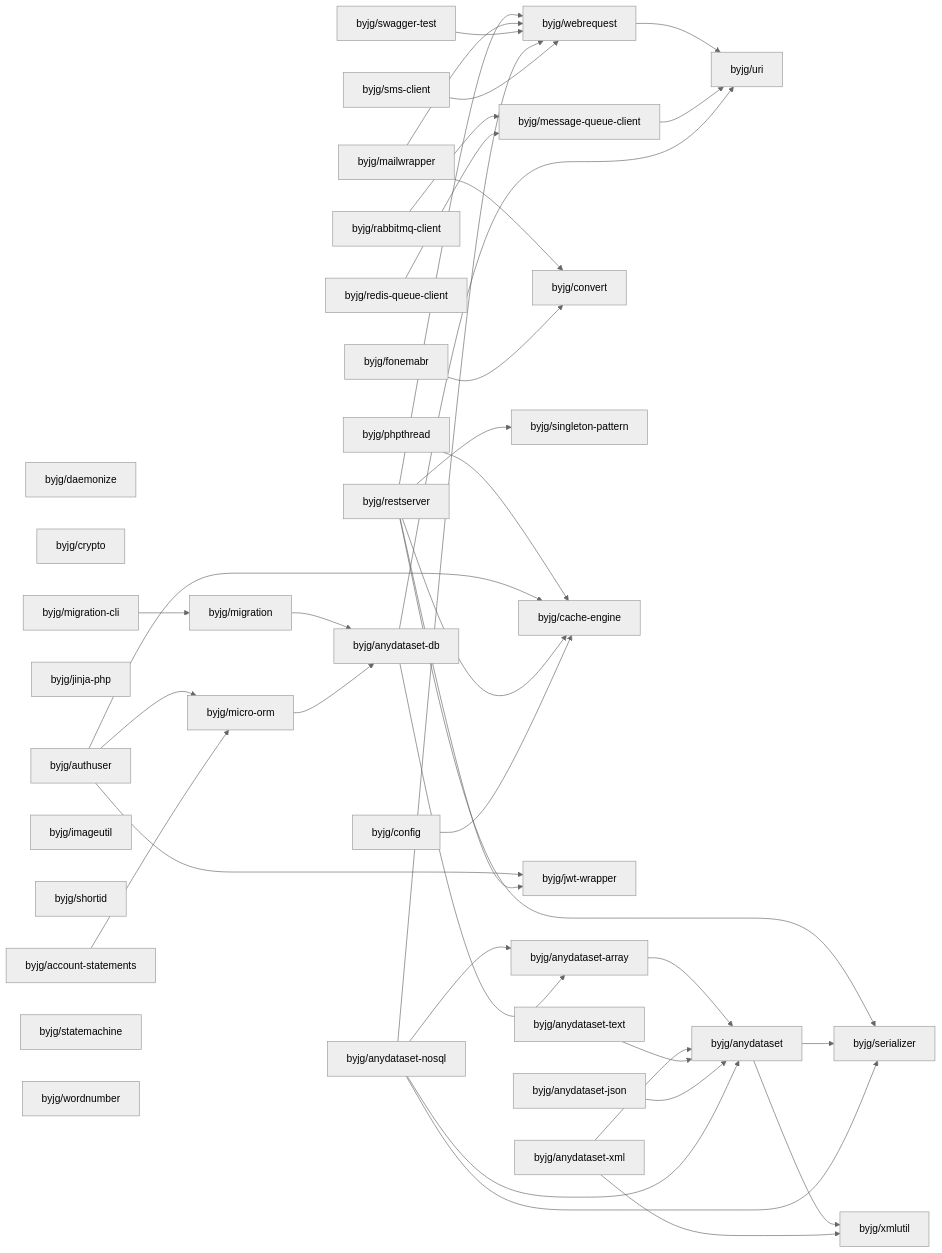
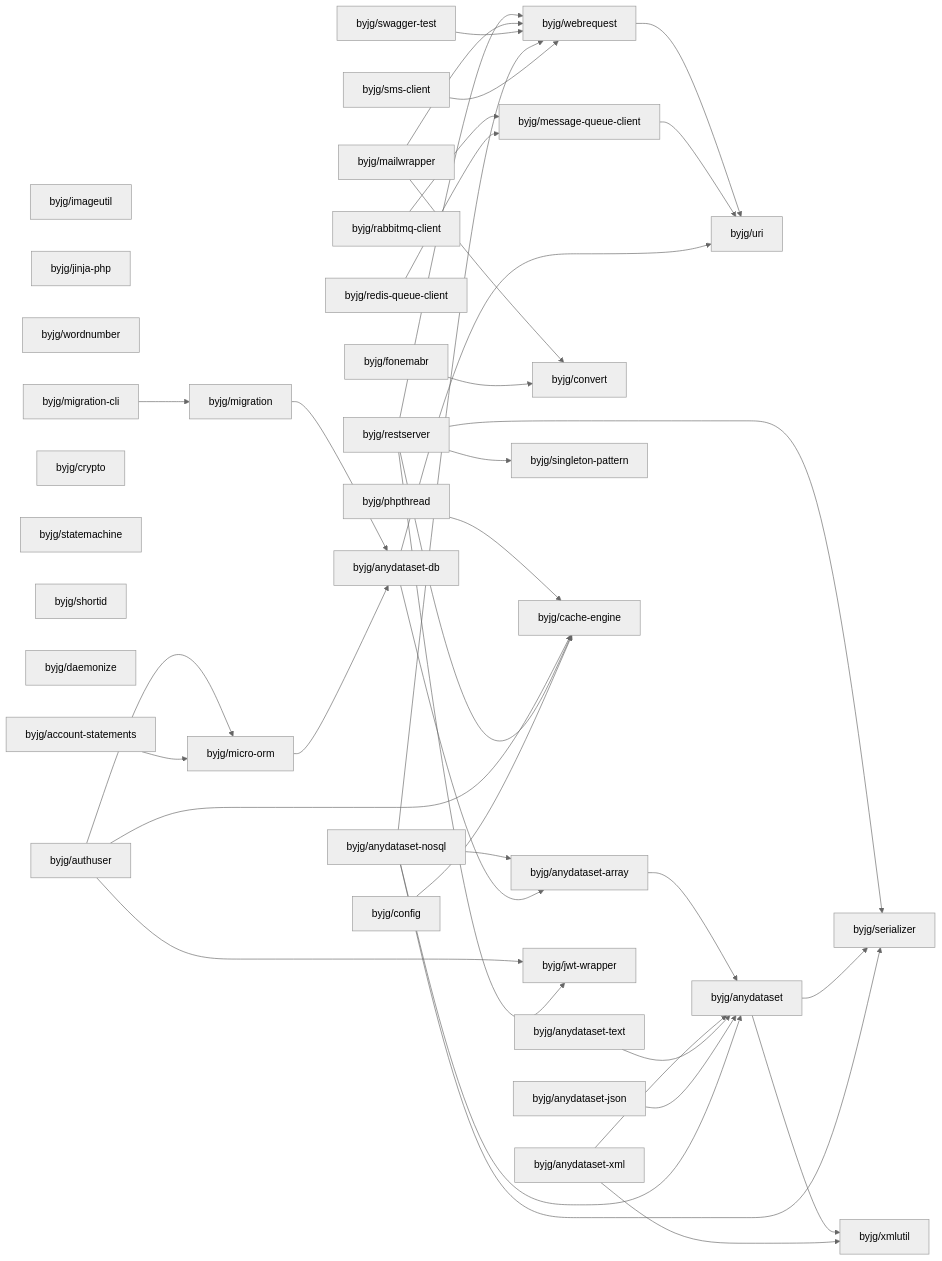
One commit to byjg/byjg.github.io changed the diagram in docs/php/README.md. Above: the diagram before and after it, drawn with Mermaid (neutral theme). The commit also changed other lines of this file and 6 other files, not shown here.

Commit message:
Update documentation 'php' 'php-anydataset-db'

````diff
--- a/docs/php/README.md
+++ b/docs/php/README.md
@@ -3,76 +3,76 @@
 ```mermaid
 graph LR;
+  byjg/anydataset-nosql;
+  byjg/imageutil;
+  byjg/phpthread;
   byjg/anydataset-text;
+  byjg/jinja-php;
+  byjg/wordnumber;
+  byjg/redis-queue-client;
+  byjg/migration-cli;
+  byjg/anydataset-xml;
+  byjg/swagger-test;
+  byjg/crypto;
+  byjg/statemachine;
+  byjg/anydataset-json;
+  byjg/fonemabr;
+  byjg/shortid;
+  byjg/mailwrapper;
+  byjg/config;
+  byjg/daemonize;
+  byjg/authuser;
+  byjg/account-statements;
+  byjg/rabbitmq-client;
   byjg/sms-client;
-  byjg/daemonize;
-  byjg/swagger-test;
-  byjg/redis-queue-client;
-  byjg/crypto;
-  byjg/anydataset-xml;
-  byjg/phpthread;
-  byjg/fonemabr;
-  byjg/authuser;
-  byjg/jinja-php;
-  byjg/config;
-  byjg/mailwrapper;
-  byjg/migration-cli;
   byjg/restserver;
-  byjg/imageutil;
-  byjg/anydataset-json;
-  byjg/shortid;
-  byjg/account-statements;
-  byjg/statemachine;
-  byjg/wordnumber;
-  byjg/rabbitmq-client;
-  byjg/anydataset-nosql;
+  byjg/migration;
   byjg/convert;
-  byjg/migration;
+  byjg/micro-orm;
+  byjg/message-queue-client;
   byjg/singleton-pattern;
   byjg/cache-engine;
+  byjg/webrequest;
   byjg/jwt-wrapper;
-  byjg/micro-orm;
-  byjg/message-queue-client;
-  byjg/webrequest;
   byjg/anydataset-db;
   byjg/anydataset-array;
   byjg/uri;
   byjg/anydataset;
   byjg/serializer;
   byjg/xmlutil;
   byjg/phpthread --> byjg/cache-engine;
   byjg/authuser --> byjg/micro-orm;
   byjg/authuser --> byjg/cache-engine;
   byjg/authuser --> byjg/jwt-wrapper;
   byjg/anydataset-array --> byjg/anydataset;
   byjg/restserver --> byjg/serializer;
   byjg/restserver --> byjg/singleton-pattern;
   byjg/restserver --> byjg/cache-engine;
   byjg/restserver --> byjg/webrequest;
   byjg/restserver --> byjg/jwt-wrapper;
   byjg/mailwrapper --> byjg/convert;
   byjg/mailwrapper --> byjg/webrequest;
   byjg/swagger-test --> byjg/webrequest;
   byjg/migration --> byjg/anydataset-db;
   byjg/account-statements --> byjg/micro-orm;
   byjg/anydataset --> byjg/serializer;
   byjg/anydataset --> byjg/xmlutil;
   byjg/fonemabr --> byjg/convert;
   byjg/anydataset-xml --> byjg/anydataset;
   byjg/anydataset-xml --> byjg/xmlutil;
   byjg/webrequest --> byjg/uri;
   byjg/config --> byjg/cache-engine;
   byjg/migration-cli --> byjg/migration;
   byjg/anydataset-text --> byjg/anydataset;
   byjg/micro-orm --> byjg/anydataset-db;
   byjg/message-queue-client --> byjg/uri;
   byjg/anydataset-json --> byjg/anydataset;
   byjg/anydataset-nosql --> byjg/anydataset;
   byjg/anydataset-nosql --> byjg/anydataset-array;
   byjg/anydataset-nosql --> byjg/serializer;
   byjg/anydataset-nosql --> byjg/webrequest;
   byjg/anydataset-db --> byjg/anydataset-array;
   byjg/anydataset-db --> byjg/uri;
   byjg/rabbitmq-client --> byjg/message-queue-client;
   byjg/redis-queue-client --> byjg/message-queue-client;
   byjg/sms-client --> byjg/webrequest;
 ```
````
